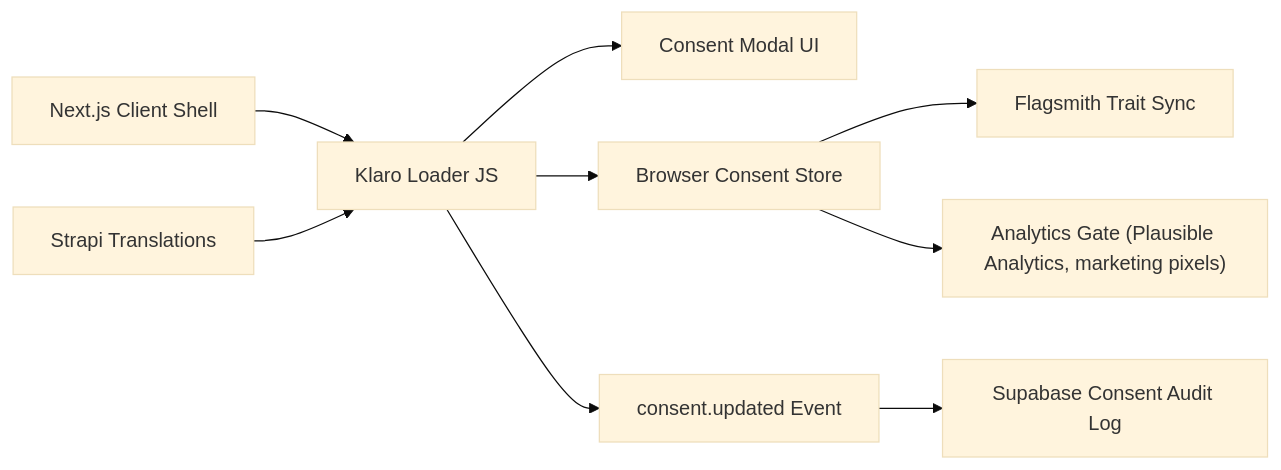
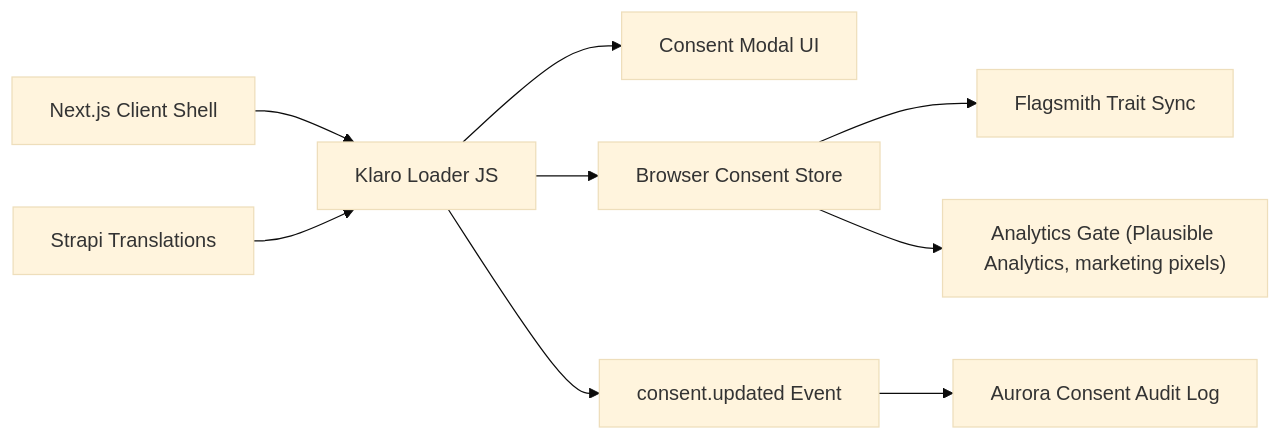
One commit to marcelkenner/clarivum changed the diagram in docs/diagrams/adr-014-cookie-consent-and-preference-management/architecture-overview.mmd. Above: the diagram before and after it, drawn with Mermaid (base theme). The commit also changed 205 other files, not shown here.

````diff
--- a/docs/diagrams/adr-014-cookie-consent-and-preference-management/architecture-overview.mmd
+++ b/docs/diagrams/adr-014-cookie-consent-and-preference-management/architecture-overview.mmd
@@ -1,11 +1,11 @@
 ```mermaid
 flowchart LR
     NextApp["Next.js Client Shell"] --> KlaroLoader["Klaro Loader JS"]
     KlaroLoader --> ConsentModal["Consent Modal UI"]
     KlaroLoader --> ConsentStore["Browser Consent Store"]
     ConsentStore --> FlagsmithTraits["Flagsmith Trait Sync"]
     ConsentStore --> AnalyticsGate["Analytics Gate (Plausible Analytics, marketing pixels)"]
     KlaroLoader --> AuditPublisher["consent.updated Event"]
-    AuditPublisher --> SupabaseAudit["Supabase Consent Audit Log"]
+    AuditPublisher --> AuroraAudit["Aurora Consent Audit Log"]
     StrapiTranslations["Strapi Translations"] --> KlaroLoader
 ```
````
